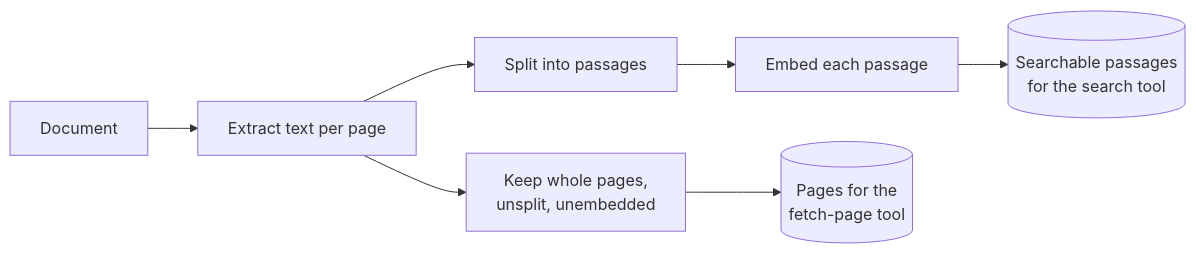
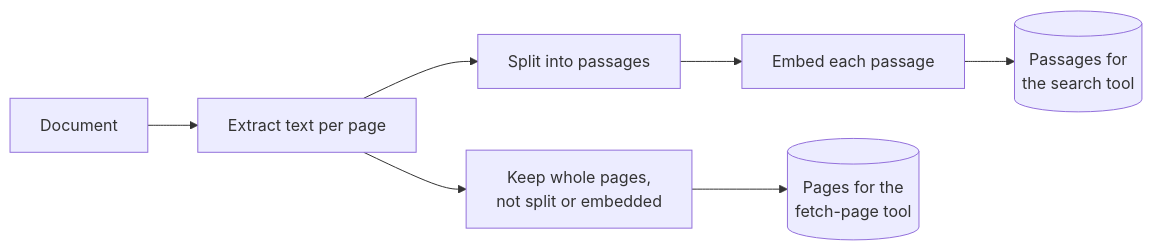
One commit to jjaaxx44/genai-personal-lab-rag changed the first of 2 diagrams in app/demos/rag/agentic/README.md. Above: the diagram before and after it, drawn with Mermaid. The commit also changed other lines of this file and 32 other files, not shown here.

````diff
--- a/app/demos/rag/agentic/README.md
+++ b/app/demos/rag/agentic/README.md
@@ -17,9 +9,9 @@
 ```mermaid
 flowchart LR
   A["Document"] --> B["Extract text per page"]
   B --> C["Split into passages"]
   C --> D["Embed each passage"]
-  D --> E[("Searchable passages<br/>for the search tool")]
-  B --> F["Keep whole pages,<br/>unsplit, unembedded"]
+  D --> E[("Passages for<br/>the search tool")]
+  B --> F["Keep whole pages,<br/>not split or embedded"]
   F --> G[("Pages for the<br/>fetch-page tool")]
 ```
````
